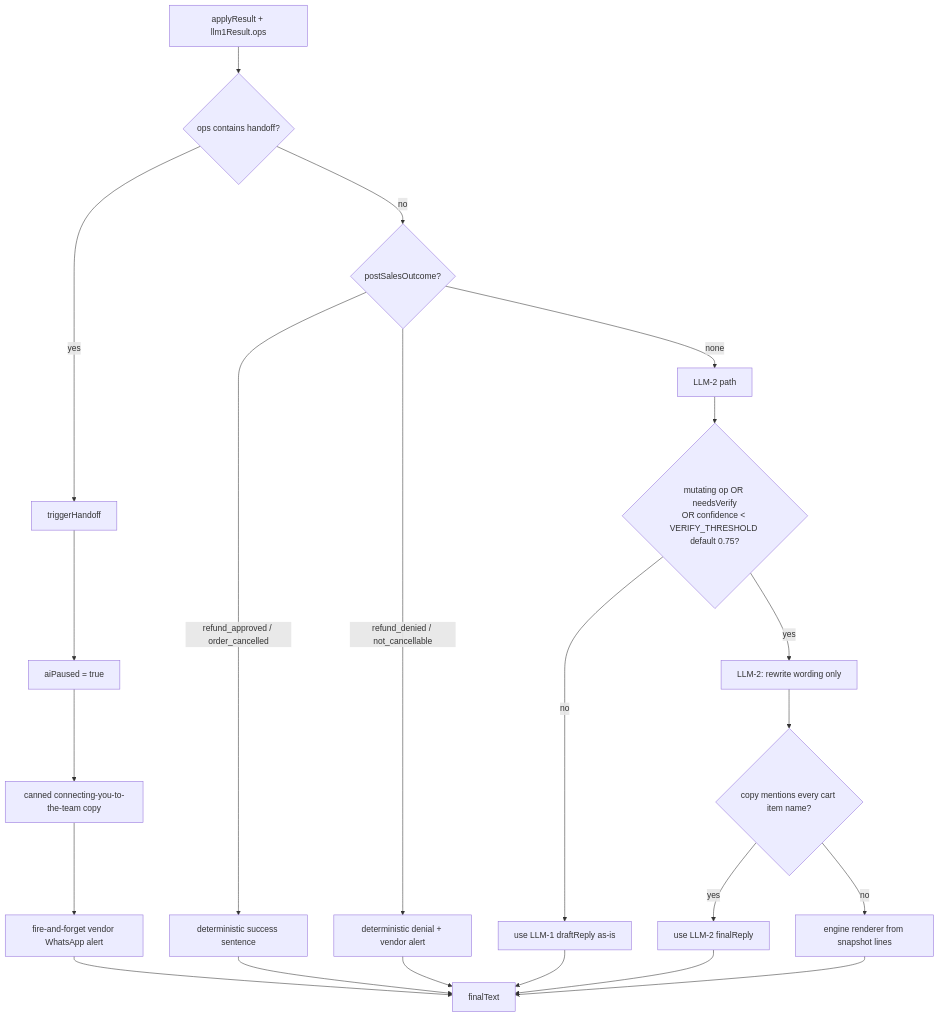
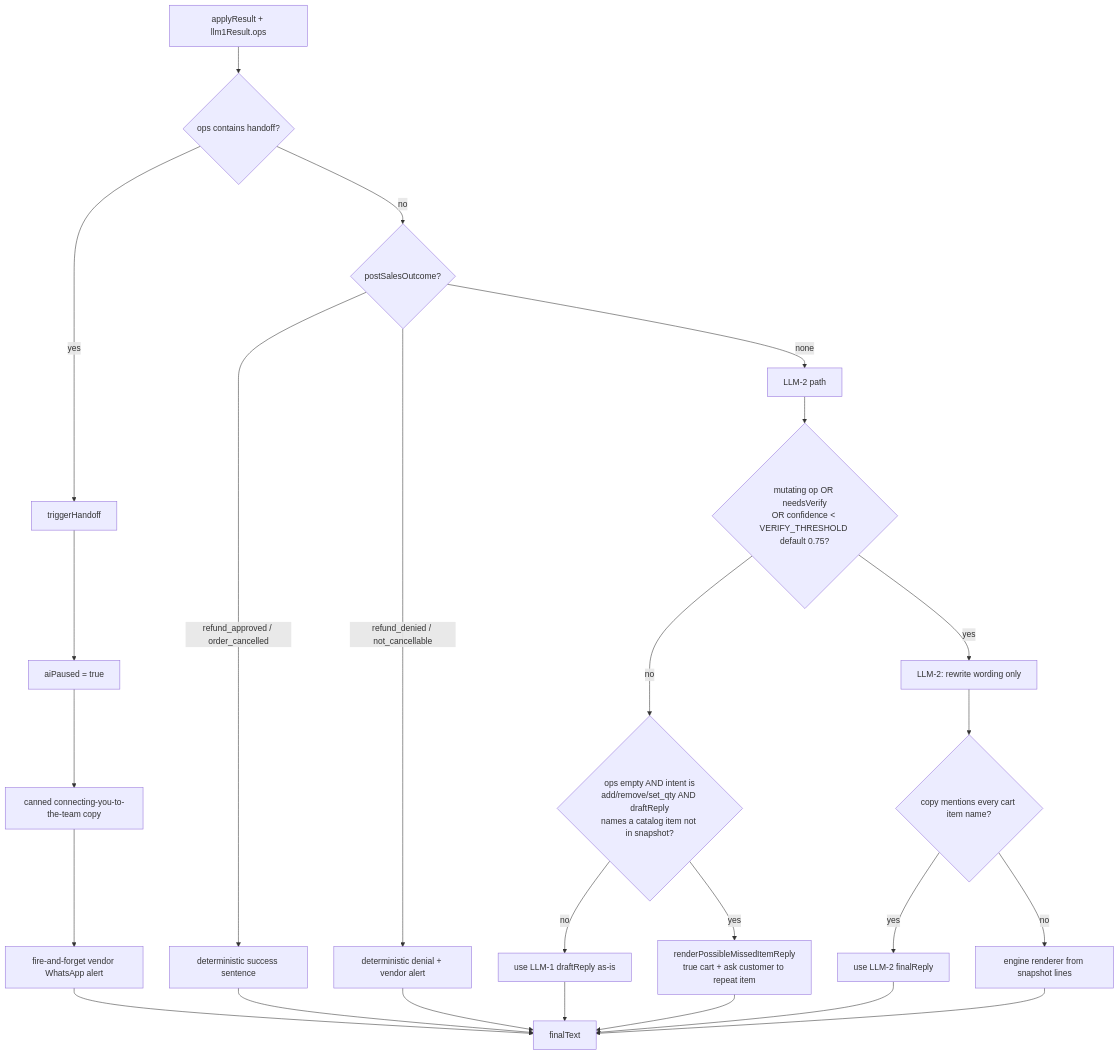
One commit to roshan-1904/chatlogix-gowtham changed the ninth of 10 diagrams in docs/INCOMING_RESPONSE_GENERATOR_FLOW.md. Above: the diagram before and after it, drawn with Mermaid. The commit also changed other lines of this file and 15 other files, not shown here.

````diff
--- a/docs/INCOMING_RESPONSE_GENERATOR_FLOW.md
+++ b/docs/INCOMING_RESPONSE_GENERATOR_FLOW.md
@@ -327,26 +327,29 @@
 ```mermaid
 flowchart TD
   A[applyResult + llm1Result.ops] --> H{ops contains handoff?}
   H -->|yes| H1[triggerHandoff]
   H1 --> H2[aiPaused = true]
   H2 --> H3[canned connecting-you-to-the-team copy]
   H3 --> H4[fire-and-forget vendor WhatsApp alert]
   H4 --> F[finalText]
 
   H -->|no| P{postSalesOutcome?}
   P -->|refund_approved / order_cancelled| T1[deterministic success sentence]
   P -->|refund_denied / not_cancellable| T2[deterministic denial + vendor alert]
   T1 --> F
   T2 --> F
 
   P -->|none| L[LLM-2 path]
   L --> Q{mutating op OR needsVerify<br/>OR confidence < VERIFY_THRESHOLD default 0.75?}
-  Q -->|no| D[use LLM-1 draftReply as-is]
+  Q -->|no| PM{ops empty AND intent is<br/>add/remove/set_qty AND draftReply<br/>names a catalog item not in snapshot?}
+  PM -->|no| D[use LLM-1 draftReply as-is]
+  PM -->|yes| MISS[renderPossibleMissedItemReply<br/>true cart + ask customer to repeat item]
   Q -->|yes| L2[LLM-2: rewrite wording only]
   L2 --> M{copy mentions every cart item name?}
   M -->|yes| L2OK[use LLM-2 finalReply]
   M -->|no| ENG[engine renderer from snapshot lines]
   D --> F
+  MISS --> F
   L2OK --> F
   ENG --> F
 ```
````
